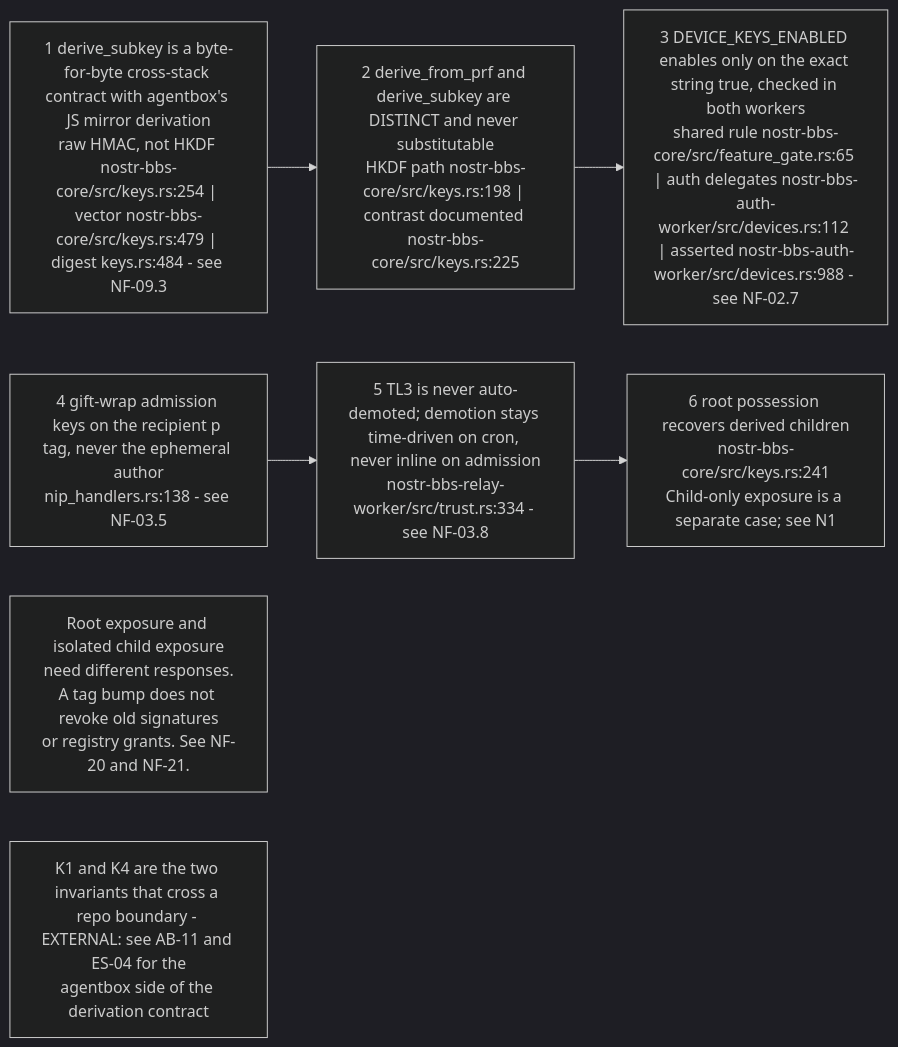
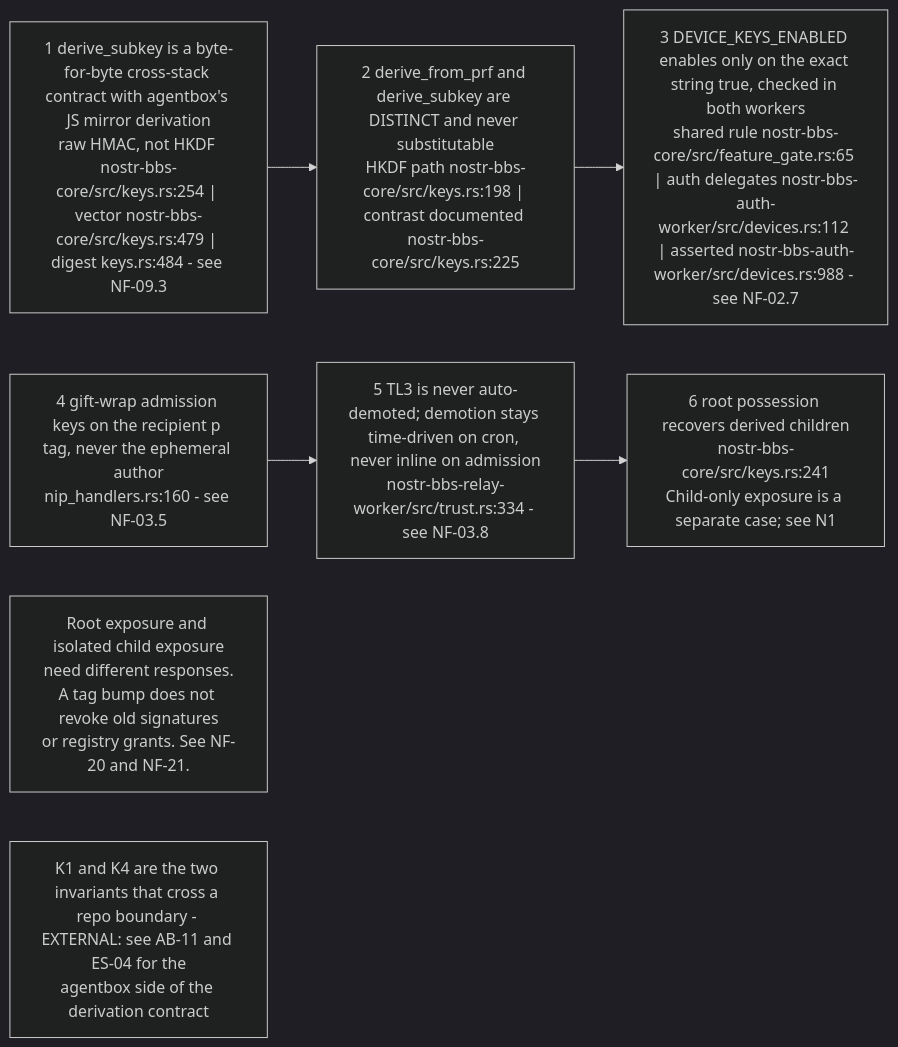
The second of 13 diagrams in docs/diagrams/nostr-rust-forum/10-invariants-and-anomaly-register.md (DreamLab-AI/VisionFlow), drawn with Mermaid (dark theme) before and after one commit. The commit also changed other lines of this file, not shown here.

First line of the commit message:
docs(diagrams): NF-10 register re-verified at nostr-rust-forum af4f0d5

````diff
--- a/docs/diagrams/nostr-rust-forum/10-invariants-and-anomaly-register.md
+++ b/docs/diagrams/nostr-rust-forum/10-invariants-and-anomaly-register.md
@@ -90,17 +112,17 @@
 ```mermaid
 flowchart LR
     K1["1 derive_subkey is a byte-for-byte cross-stack contract with agentbox's JS mirror derivation<br/>raw HMAC, not HKDF nostr-bbs-core/src/keys.rs:254 | vector nostr-bbs-core/src/keys.rs:479 | digest keys.rs:484 - see NF-09.3"]
     K2["2 derive_from_prf and derive_subkey are DISTINCT and never substitutable<br/>HKDF path nostr-bbs-core/src/keys.rs:198 | contrast documented nostr-bbs-core/src/keys.rs:225"]
     K3["3 DEVICE_KEYS_ENABLED enables only on the exact string true, checked in both workers<br/>shared rule nostr-bbs-core/src/feature_gate.rs:65 | auth delegates nostr-bbs-auth-worker/src/devices.rs:112 | asserted nostr-bbs-auth-worker/src/devices.rs:988 - see NF-02.7"]
-    K4["4 gift-wrap admission keys on the recipient p tag, never the ephemeral author<br/>nip_handlers.rs:138 - see NF-03.5"]
+    K4["4 gift-wrap admission keys on the recipient p tag, never the ephemeral author<br/>nip_handlers.rs:160 - see NF-03.5"]
     K5["5 TL3 is never auto-demoted; demotion stays time-driven on cron, never inline on admission<br/>nostr-bbs-relay-worker/src/trust.rs:334 - see NF-03.8"]
     K6["6 root possession recovers derived children<br/>nostr-bbs-core/src/keys.rs:241<br/>Child-only exposure is a separate case; see N1"]
 
     K1 --> K2 --> K3
     K4 --> K5 --> K6
 
     %% Source: ../nostr-rust-forum/docs/archive/adr/ADR-100-key-lifecycle.md:78
     %% Source: ../nostr-rust-forum/docs/archive/adr/ADR-100-key-lifecycle.md:85
     N1["Root exposure and isolated child exposure<br/>need different responses.<br/>A tag bump does not revoke old signatures<br/>or registry grants. See NF-20 and NF-21."]
     N2["K1 and K4 are the two invariants that cross a repo boundary - EXTERNAL: see AB-11 and ES-04 for the<br/>agentbox side of the derivation contract"]
 ```
````
